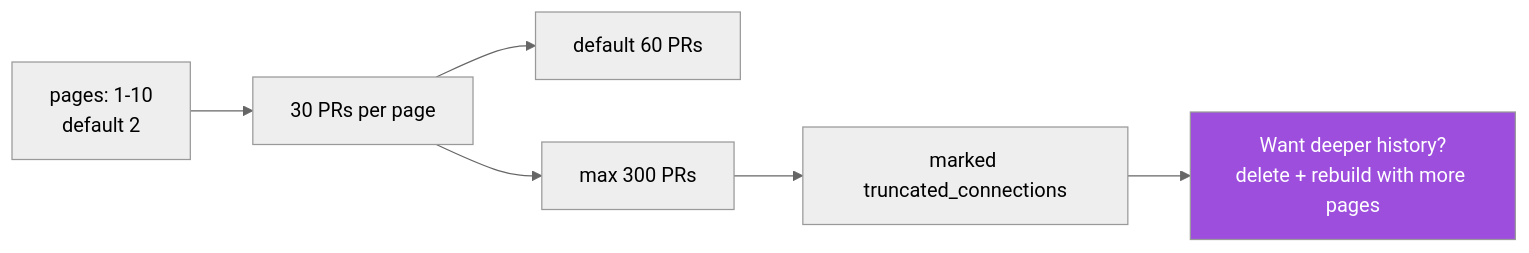
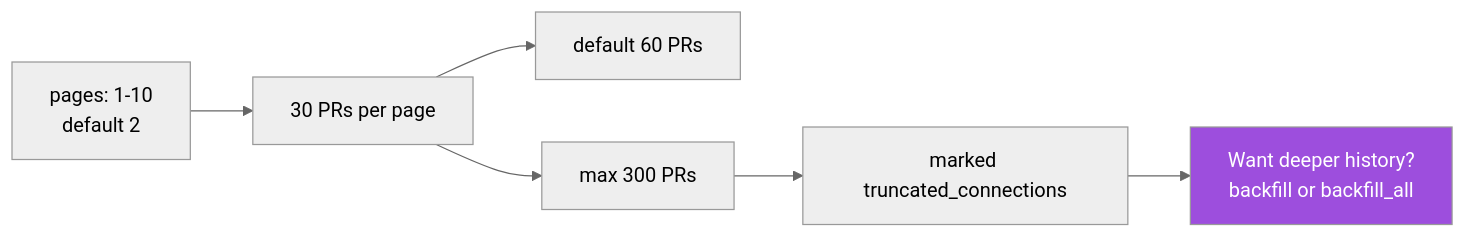
One commit to paarths-collab/github-pr-context-mcp changed the third of 8 diagrams in docs/pipeline.md. Above: the diagram before and after it, drawn with Mermaid (neutral theme). The commit also changed other lines of this file and 39 other files, not shown here.

````diff
--- a/docs/pipeline.md
+++ b/docs/pipeline.md
@@ -57,10 +59,10 @@
 ```mermaid
 flowchart LR
     P["pages: 1-10<br/>default 2"] --> C["30 PRs per page"]
     C --> D["default 60 PRs"]
     C --> M["max 300 PRs"]
     M --> T["marked truncated_connections"]
-    T --> W["Want deeper history?<br/>delete + rebuild with more pages"]
+    T --> W["Want deeper history?<br/>backfill or backfill_all"]
 
     style W fill:#9d4edd,color:#fff
 ```
````
